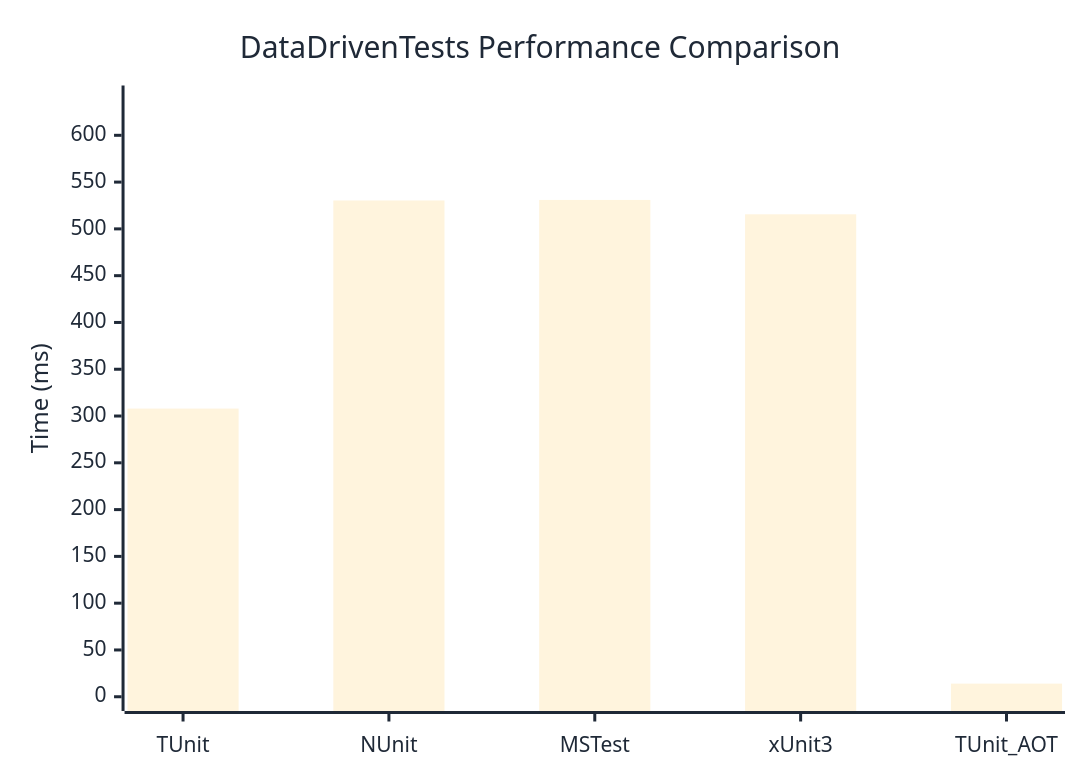
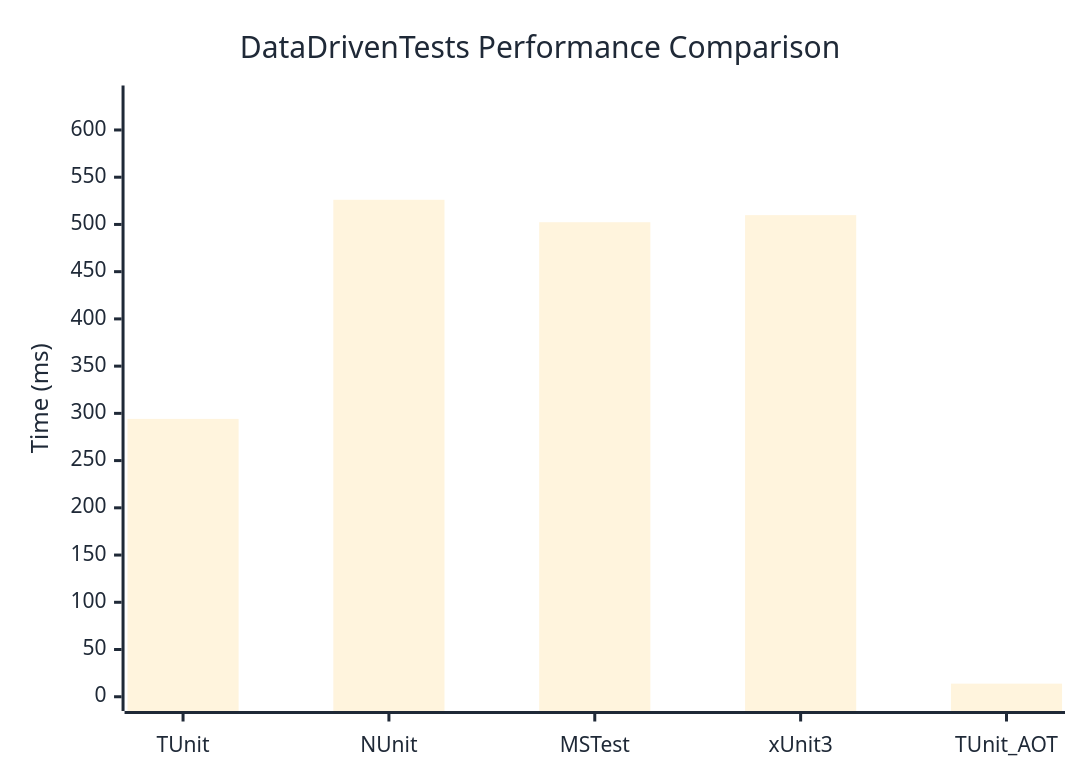
One commit to thomhurst/TUnit changed the diagram in docs/docs/benchmarks/engine/DataDrivenTests.md. Above: the diagram before and after it, drawn with Mermaid. The commit also changed other lines of this file and 18 other files, not shown here.

````diff
--- a/docs/docs/benchmarks/engine/DataDrivenTests.md
+++ b/docs/docs/benchmarks/engine/DataDrivenTests.md
@@ -29,37 +29,37 @@
 ```mermaid
 %%{init: {
   'theme':'base',
   'themeVariables': {
     'primaryColor': '#2563eb',
     'primaryTextColor': '#1f2937',
     'primaryBorderColor': '#1e40af',
     'lineColor': '#6b7280',
     'secondaryColor': '#7c3aed',
     'tertiaryColor': '#dc2626',
     'background': '#ffffff',
     'mainBkg': '#2563eb',
     'secondBkg': '#7c3aed',
     'tertiaryBkg': '#dc2626',
     'clusterBkg': '#f3f4f6',
     'edgeLabelBackground': '#ffffff',
     'tertiaryTextColor': '#1f2937',
     'pie1': '#2563eb',
     'pie2': '#7c3aed',
     'pie3': '#dc2626',
     'pie4': '#f59e0b',
     'pie5': '#10b981',
     'pie6': '#06b6d4',
     'pie7': '#ec4899',
     'pie8': '#6366f1',
     'pie9': '#84cc16',
     'pie10': '#f97316',
     'pie11': '#14b8a6',
     'pie12': '#a855f7'
   }
 }}%%
 xychart-beta
   title "DataDrivenTests Performance Comparison"
   x-axis ["TUnit", "NUnit", "MSTest", "xUnit3", "TUnit_AOT"]
-  y-axis "Time (ms)" 0 --> 638
-  bar [307.96, 530.35, 530.95, 515.59, 14.03]
+  y-axis "Time (ms)" 0 --> 632
+  bar [294.12, 526.1, 502.35, 509.85, 13.87]
 ```
````
